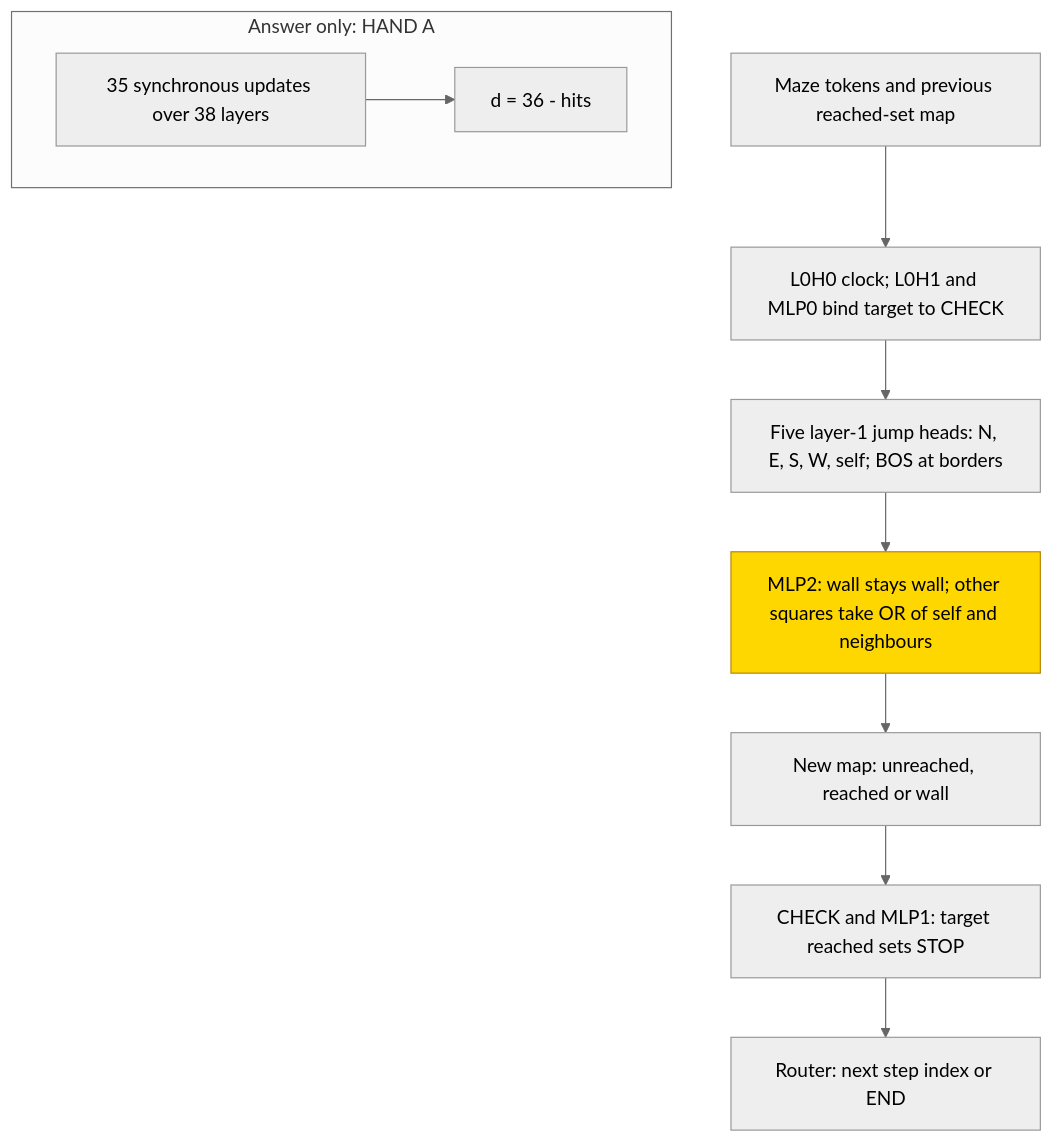
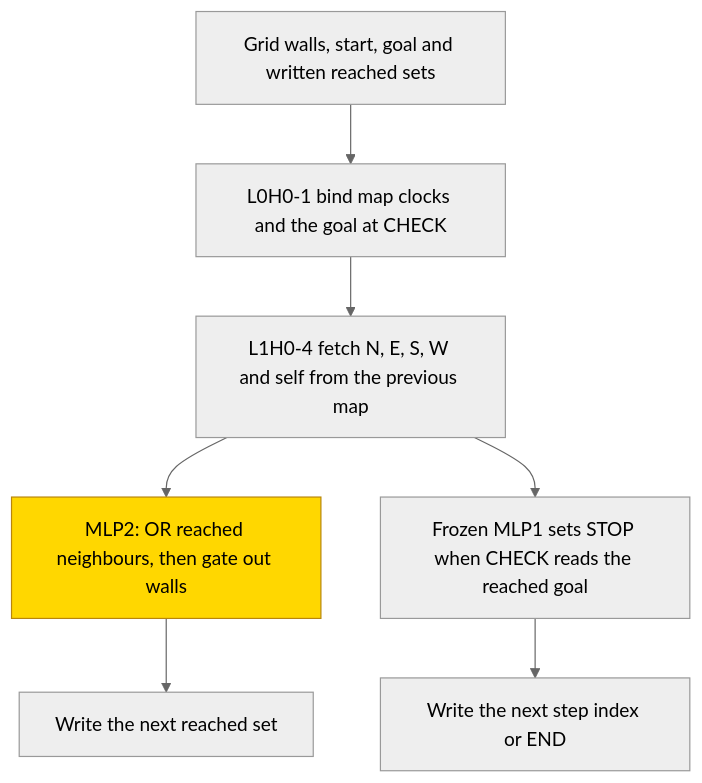
The first of 2 diagrams in entries/grid-bfs.md (jc1122/mechanistic-interpretability-circuit-atlas), drawn with Mermaid (neutral theme) before and after one commit. The commit also changed other lines of this file and 54 other files, not shown here.

````diff
--- a/entries/grid-bfs.md
+++ b/entries/grid-bfs.md
@@ -118,14 +100,11 @@
 ```mermaid
 flowchart TD
-    P["Maze tokens and previous reached-set map"] --> L0["L0H0 clock; L0H1 and MLP0 bind target to CHECK"]
-    L0 --> J["Five layer-1 jump heads: N, E, S, W, self; BOS at borders"]
-    J --> U["MLP2: wall stays wall; other squares take OR of self and neighbours"]
-    U --> MAP["New map: unreached, reached or wall"]
-    MAP --> CH["CHECK and MLP1: target reached sets STOP"]
-    CH --> R["Router: next step index or END"]
-    subgraph HA["Answer only: HAND A"]
-        A1["35 synchronous updates over 38 layers"] --> A2["d = 36 - hits"]
-    end
+    P["Grid walls, start, goal and written reached sets"] --> R["L0H0-1 bind map clocks and the goal at CHECK"]
+    R --> W["L1H0-4 fetch N, E, S, W and self from the previous map"]
+    W --> M["MLP2: OR reached neighbours, then gate out walls"]
+    W --> D["Frozen MLP1 sets STOP when CHECK reads the reached goal"]
+    M --> N["Write the next reached set"]
+    D --> O["Write the next step index or END"]
     classDef trained fill:gold,stroke:darkgoldenrod,color:black
-    class U trained
+    class M trained
 ```
````
